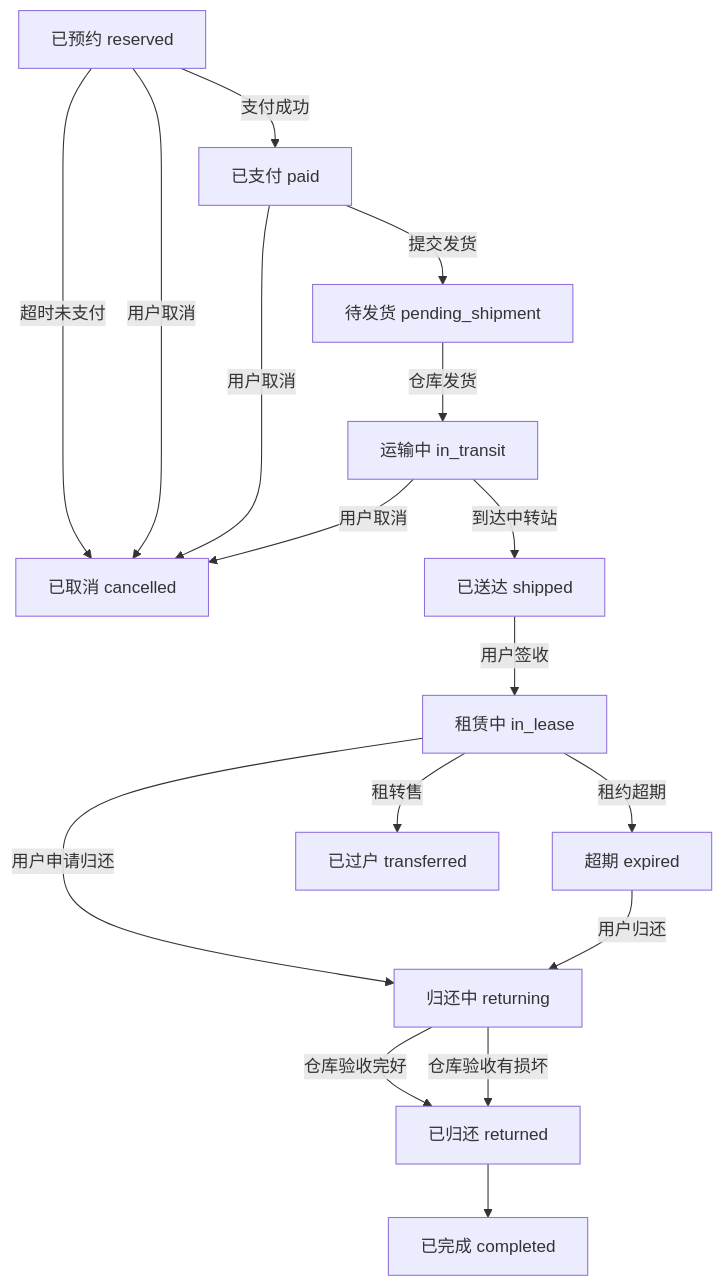
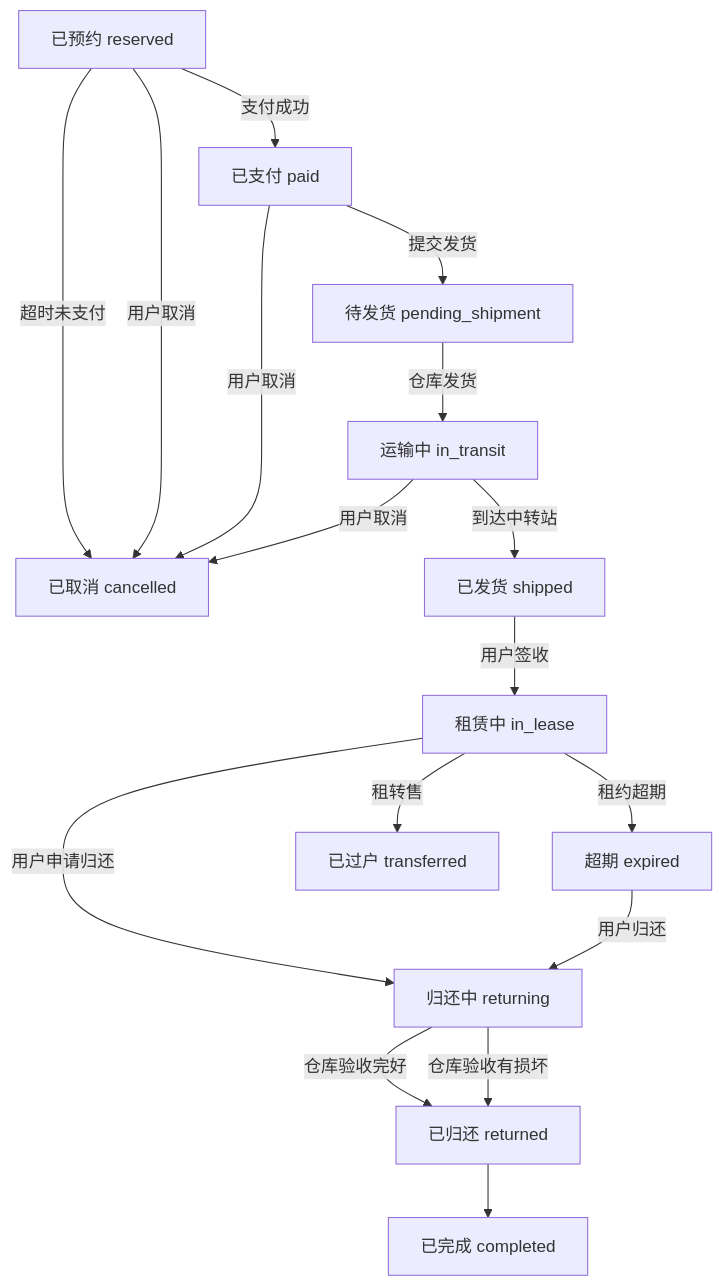
One commit to HiJohns/tuneloop changed the second of 2 diagrams in docs/cases.md. Above: the diagram before and after it, drawn with Mermaid. The commit also changed other lines of this file and 9 other files, not shown here.

````diff
--- a/docs/cases.md
+++ b/docs/cases.md
@@ -314,19 +314,19 @@
 ```mermaid
 flowchart TD
   reserved[已预约 reserved] -- 超时未支付 --> cancelled[已取消 cancelled]
   reserved -- 支付成功 --> paid[已支付 paid]
   paid -- 提交发货 --> pending_shipment[待发货 pending_shipment]
   pending_shipment -- 仓库发货 --> in_transit[运输中 in_transit]
-  in_transit -- 到达中转站 --> shipped[已送达 shipped]
+  in_transit -- 到达中转站 --> shipped[已发货 shipped]
   shipped -- 用户签收 --> in_lease[租赁中 in_lease]
   in_lease -- 用户申请归还 --> returning[归还中 returning]
   returning -- 仓库验收完好 --> returned[已归还 returned]
   returning -- 仓库验收有损坏 --> returned
   returned --> completed[已完成 completed]
   in_lease -- 租约超期 --> expired[超期 expired]
   expired -- 用户归还 --> returning
   reserved -- 用户取消 --> cancelled
   paid -- 用户取消 --> cancelled
   in_transit -- 用户取消 --> cancelled
   in_lease -- 租转售 --> transferred[已过户 transferred]
 ```
````
